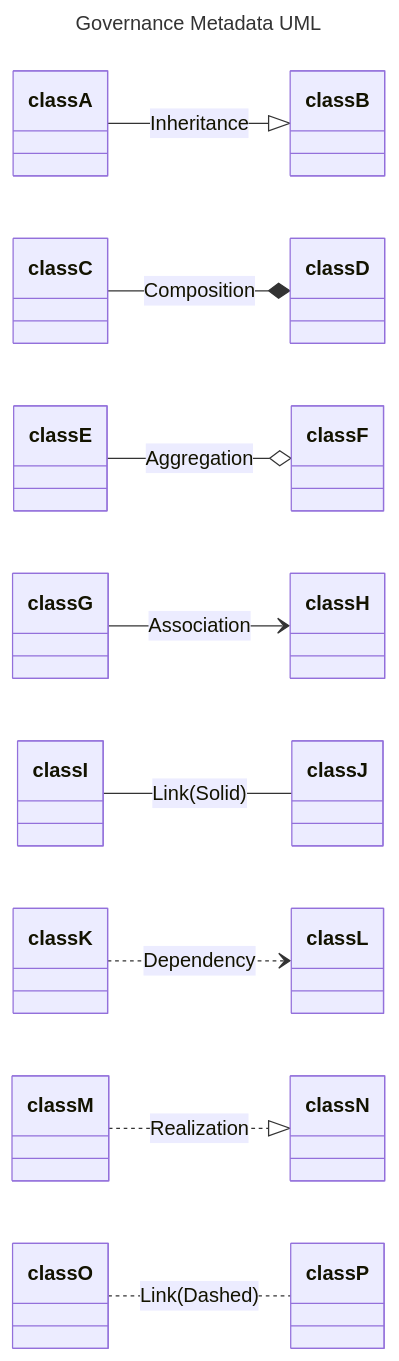
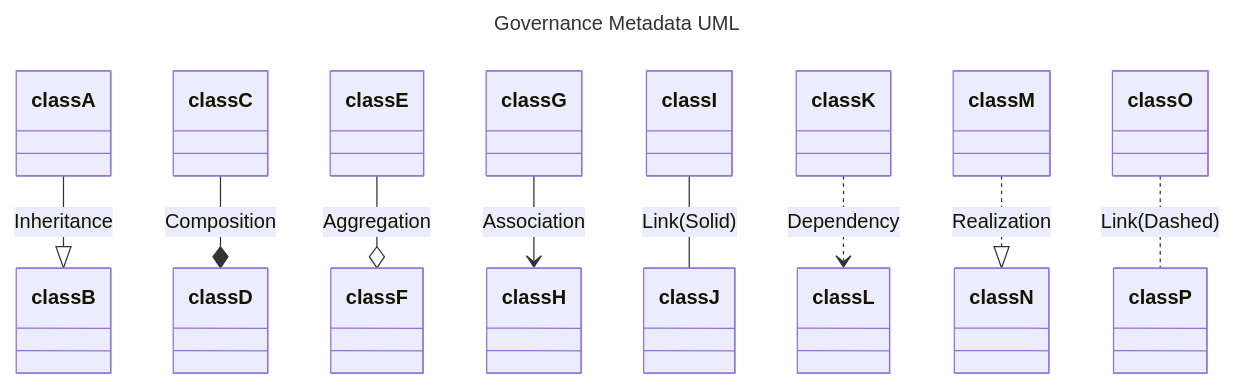
One commit to NIH-NICHD/Data-Linkage-Governance changed the fourth of 4 diagrams in MetadataSchema/README.md. Above: the diagram before and after it, drawn with Mermaid.

Commit message:
switch direction in the schema relationship diagram

````diff
--- a/MetadataSchema/README.md
+++ b/MetadataSchema/README.md
@@ -394,55 +394,55 @@
 ```mermaid
 ---
 title: Governance Metadata UML
 ---
 
 classDiagram 
-  direction LR
+  direction TB
 
 %%namespace Relationship Legend {
     class classA {
     }
     class classB {
     }
     class classB {
     }
     class classC {
     }
     class classD {
     }
     class classE {
     }
     class classF {
     }
     class classG {
     }
     class classH {
     }
     class classI {
     }
     class classJ {
     }
     class classK {
     }
     class classL {
     }
     class classM {
     }
     class classN {
     }
     class classO {
     }
     class classP {
     }
 %%}
 
     classA --|> classB : Inheritance
     classC --* classD : Composition
     classE --o classF : Aggregation
     classG --> classH : Association
     classI -- classJ : Link(Solid)
     classK ..> classL : Dependency
     classM ..|> classN : Realization
     classO .. classP : Link(Dashed)
 
 ```
````
